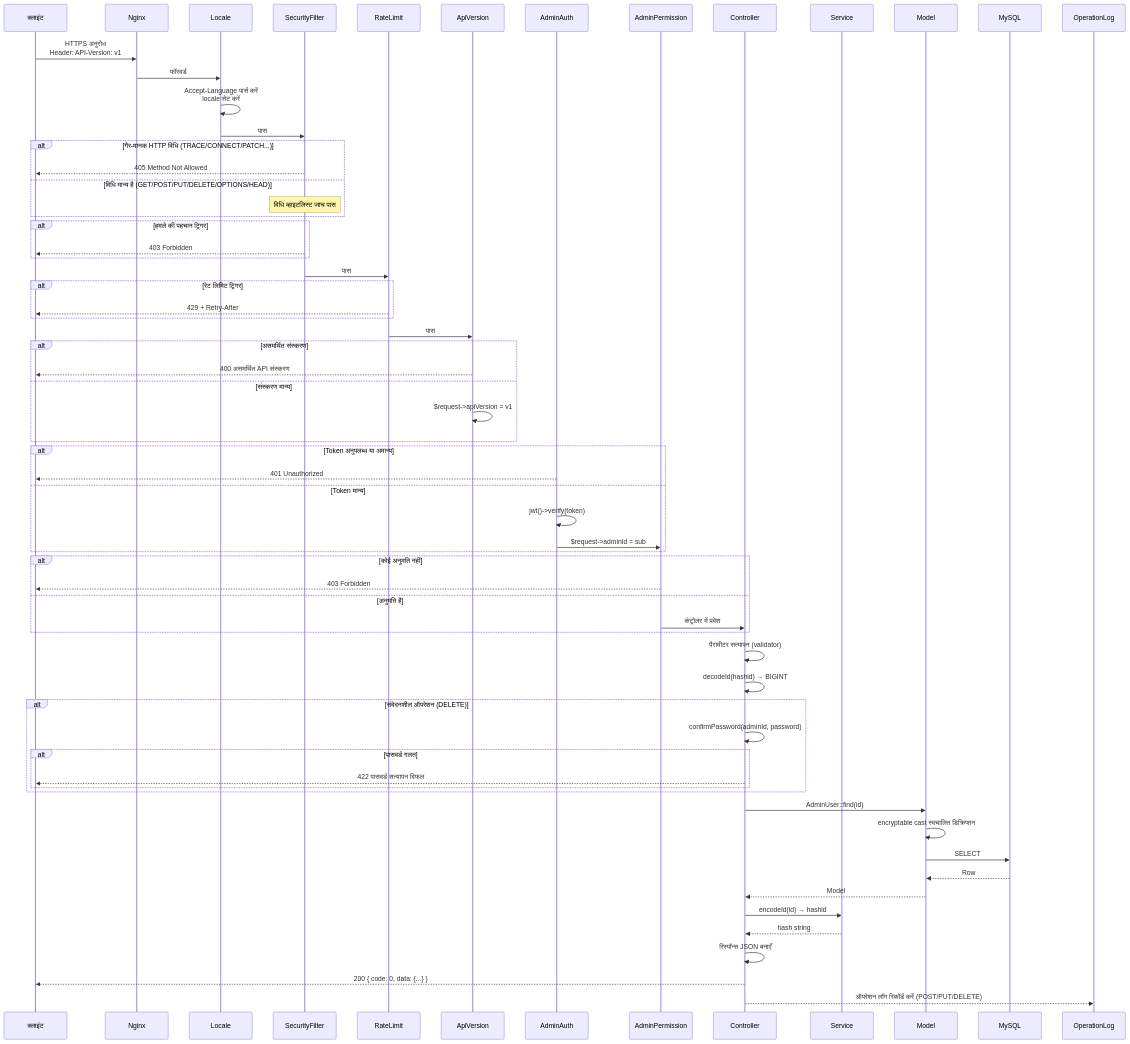
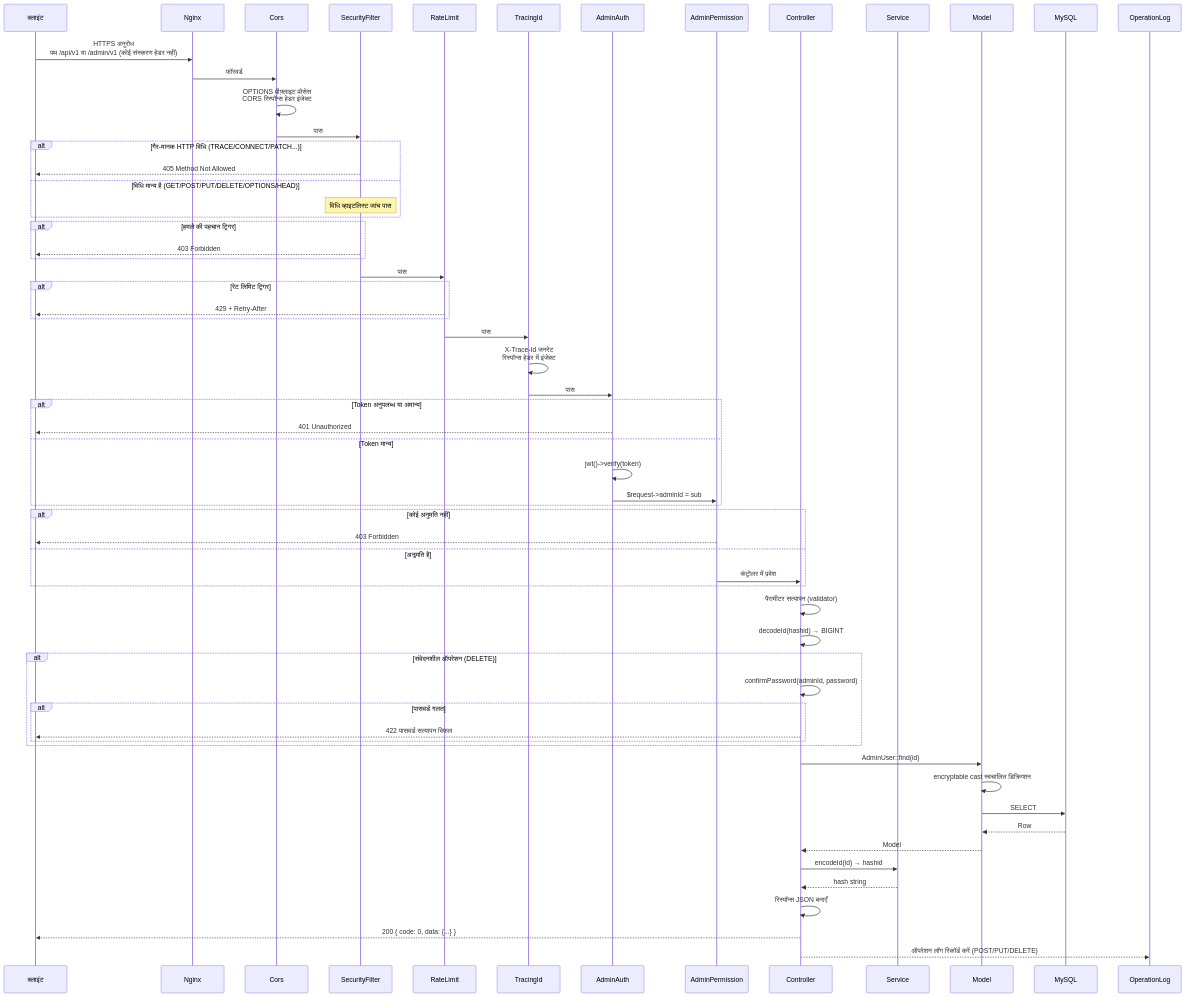
The third of 20 diagrams in docs/i18n/hi/ARCHITECTURE.md (erikwang2013/erp-php), drawn with Mermaid before and after one commit. The commit also changed other lines of this file and 325 other files, not shown here.

````diff
--- a/docs/i18n/hi/ARCHITECTURE.md
+++ b/docs/i18n/hi/ARCHITECTURE.md
@@ -157,81 +174,77 @@
 ```mermaid
 sequenceDiagram
     participant C as क्लाइंट
     participant N as Nginx
-    participant MW_LOC as Locale
+    participant MW_CR as Cors
     participant MW_SF as SecurityFilter
     participant MW_RL as RateLimit
-    participant MW0 as ApiVersion
+    participant MW_TID as TracingId
     participant MW1 as AdminAuth
     participant MW2 as AdminPermission
     participant CTL as Controller
     participant SVC as Service
     participant MDL as Model
     participant DB as MySQL
     participant OPLOG as OperationLog
 
-    C->>N: HTTPS अनुरोध<br/>Header: API-Version: v1
-    N->>MW_LOC: फॉरवर्ड
-    MW_LOC->>MW_LOC: Accept-Language पार्स करें<br/>locale सेट करें
-    MW_LOC->>MW_SF: पास
+    C->>N: HTTPS अनुरोध<br/>पथ /api/v1 या /admin/v1 (कोई संस्करण हेडर नहीं)
+    N->>MW_CR: फॉरवर्ड
+    MW_CR->>MW_CR: OPTIONS प्रीफ़्लाइट प्रोसेस<br/>CORS रिस्पॉन्स हेडर इंजेक्ट
+    MW_CR->>MW_SF: पास
 
     alt गैर-मानक HTTP विधि (TRACE/CONNECT/PATCH...)
         MW_SF-->>C: 405 Method Not Allowed
     else विधि मान्य है (GET/POST/PUT/DELETE/OPTIONS/HEAD)
         Note over MW_SF: विधि व्हाइटलिस्ट जांच पास
     end
 
     alt हमले की पहचान ट्रिगर
         MW_SF-->>C: 403 Forbidden
     end
 
     MW_SF->>MW_RL: पास
 
     alt रेट लिमिट ट्रिगर
         MW_RL-->>C: 429 + Retry-After
     end
 
-    MW_RL->>MW0: पास
-
-    alt असमर्थित संस्करण
-        MW0-->>C: 400 असमर्थित API संस्करण
-    else संस्करण मान्य
-        MW0->>MW0: $request->apiVersion = v1
-    end
+    MW_RL->>MW_TID: पास
+    MW_TID->>MW_TID: X-Trace-Id जनरेट<br/>रिस्पॉन्स हेडर में इंजेक्ट
+    MW_TID->>MW1: पास
 
     alt Token अनुपलब्ध या अमान्य
         MW1-->>C: 401 Unauthorized
     else Token मान्य
         MW1->>MW1: jwt()->verify(token)
         MW1->>MW2: $request->adminId = sub
     end
 
     alt कोई अनुमति नहीं
         MW2-->>C: 403 Forbidden
     else अनुमति है
         MW2->>CTL: कंट्रोलर में प्रवेश
     end
 
     CTL->>CTL: पैरामीटर सत्यापन (validator)
     CTL->>CTL: decodeId(hashid) → BIGINT
 
     alt संवेदनशील ऑपरेशन (DELETE)
         CTL->>CTL: confirmPassword(adminId, password)
         alt पासवर्ड गलत
             CTL-->>C: 422 पासवर्ड सत्यापन विफल
         end
     end
 
     CTL->>MDL: AdminUser::find(id)
     MDL->>MDL: encryptable cast स्वचालित डिक्रिप्शन
     MDL->>DB: SELECT
     DB-->>MDL: Row
     MDL-->>CTL: Model
 
     CTL->>SVC: encodeId(id) → hashid
     SVC-->>CTL: hash string
 
     CTL->>CTL: रिस्पॉन्स JSON बनाएँ
     CTL-->>C: 200 { code: 0, data: {...} }
     CTL-->>OPLOG: ऑपरेशन लॉग रिकॉर्ड करें (POST/PUT/DELETE)
 ```
````
